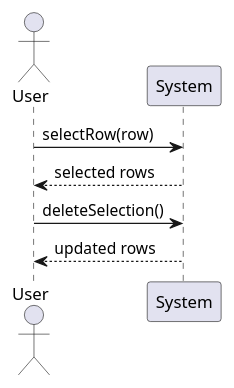
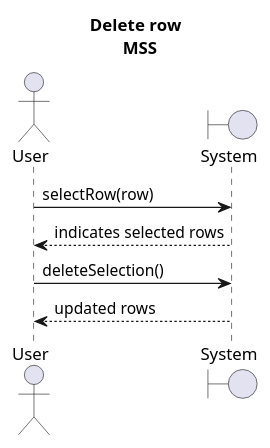
One commit to Bhamoss/softwareOntwerpProject changed the diagram in diagrams/systemSequenceDiagram/deleteRow.puml. Above: the diagram before and after it, drawn with PlantUML. The commit also changed 12 other files, not shown here.

```diff
--- a/diagrams/systemSequenceDiagram/deleteRow.puml
+++ b/diagrams/systemSequenceDiagram/deleteRow.puml
@@ -1,8 +1,10 @@
 @startuml
+title Delete row \n MSS
 Actor User
+Boundary System
 User-> System: selectRow(row)
-System --> User: selected rows
+System --> User: indicates selected rows
 User -> System: deleteSelection()
 System --> User: updated rows
 
 @enduml
```
